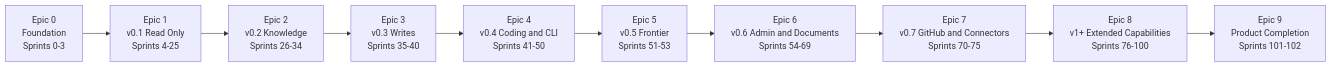
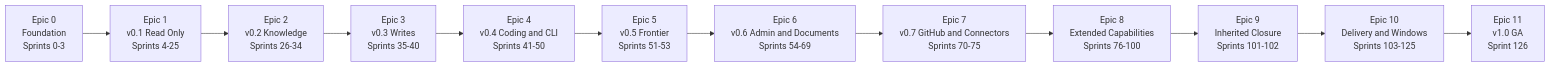
One commit to AaronNHorvitz/AgentMage changed the third of 4 diagrams in IMPLEMENTATION-PLAN.md. Above: the diagram before and after it, drawn with Mermaid. The commit also changed other lines of this file and 32 other files, not shown here.

Commit message:
Expand first GA delivery and Windows plan

````diff
--- a/IMPLEMENTATION-PLAN.md
+++ b/IMPLEMENTATION-PLAN.md
@@ -136,12 +147,14 @@
 ```mermaid
 flowchart LR
     E0["Epic 0<br/>Foundation<br/>Sprints 0-3"] --> E1["Epic 1<br/>v0.1 Read Only<br/>Sprints 4-25"]
     E1 --> E2["Epic 2<br/>v0.2 Knowledge<br/>Sprints 26-34"]
     E2 --> E3["Epic 3<br/>v0.3 Writes<br/>Sprints 35-40"]
     E3 --> E4["Epic 4<br/>v0.4 Coding and CLI<br/>Sprints 41-50"]
     E4 --> E5["Epic 5<br/>v0.5 Frontier<br/>Sprints 51-53"]
     E5 --> E6["Epic 6<br/>v0.6 Admin and Documents<br/>Sprints 54-69"]
     E6 --> E7["Epic 7<br/>v0.7 GitHub and Connectors<br/>Sprints 70-75"]
-    E7 --> E8["Epic 8<br/>v1+ Extended Capabilities<br/>Sprints 76-100"]
-    E8 --> E9["Epic 9<br/>Product Completion<br/>Sprints 101-102"]
+    E7 --> E8["Epic 8<br/>Extended Capabilities<br/>Sprints 76-100"]
+    E8 --> E9["Epic 9<br/>Inherited Closure<br/>Sprints 101-102"]
+    E9 --> E10["Epic 10<br/>Delivery and Windows<br/>Sprints 103-125"]
+    E10 --> E11["Epic 11<br/>v1.0 GA<br/>Sprint 126"]
 ```
````
